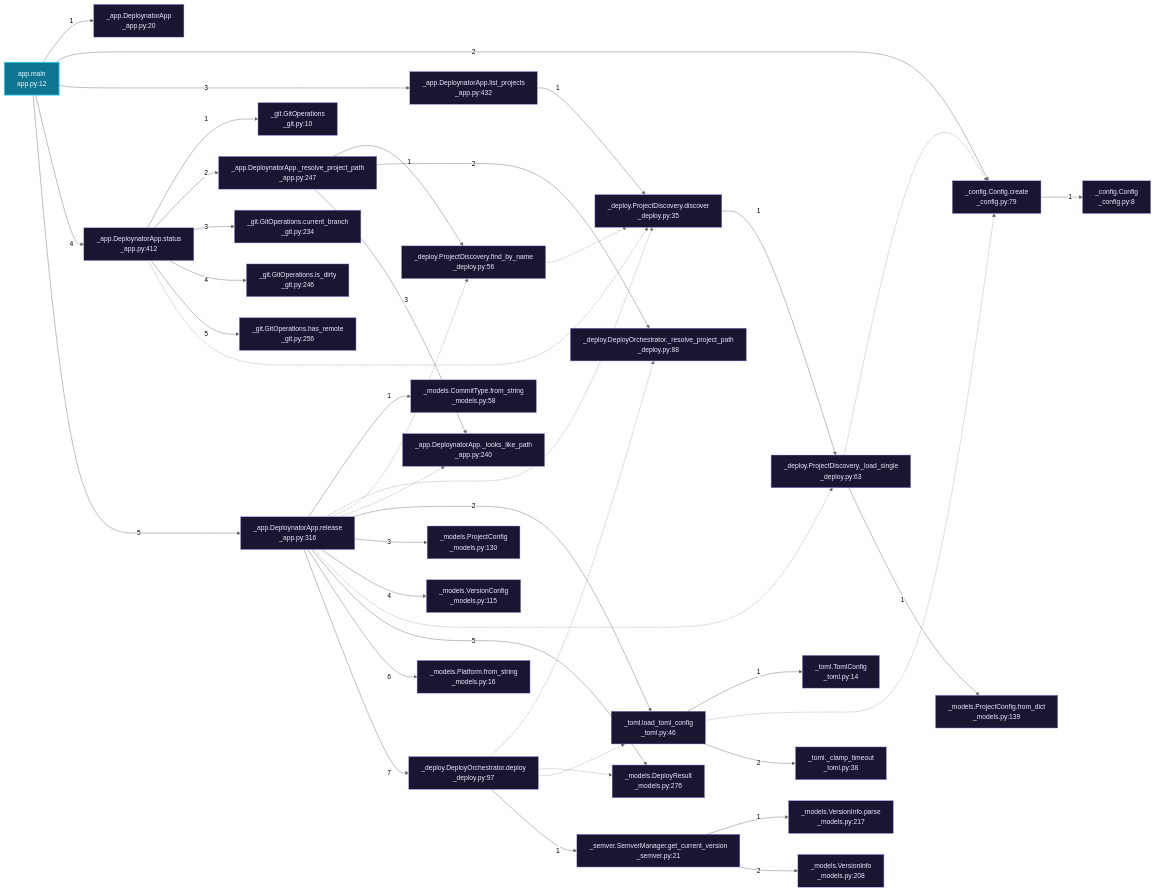
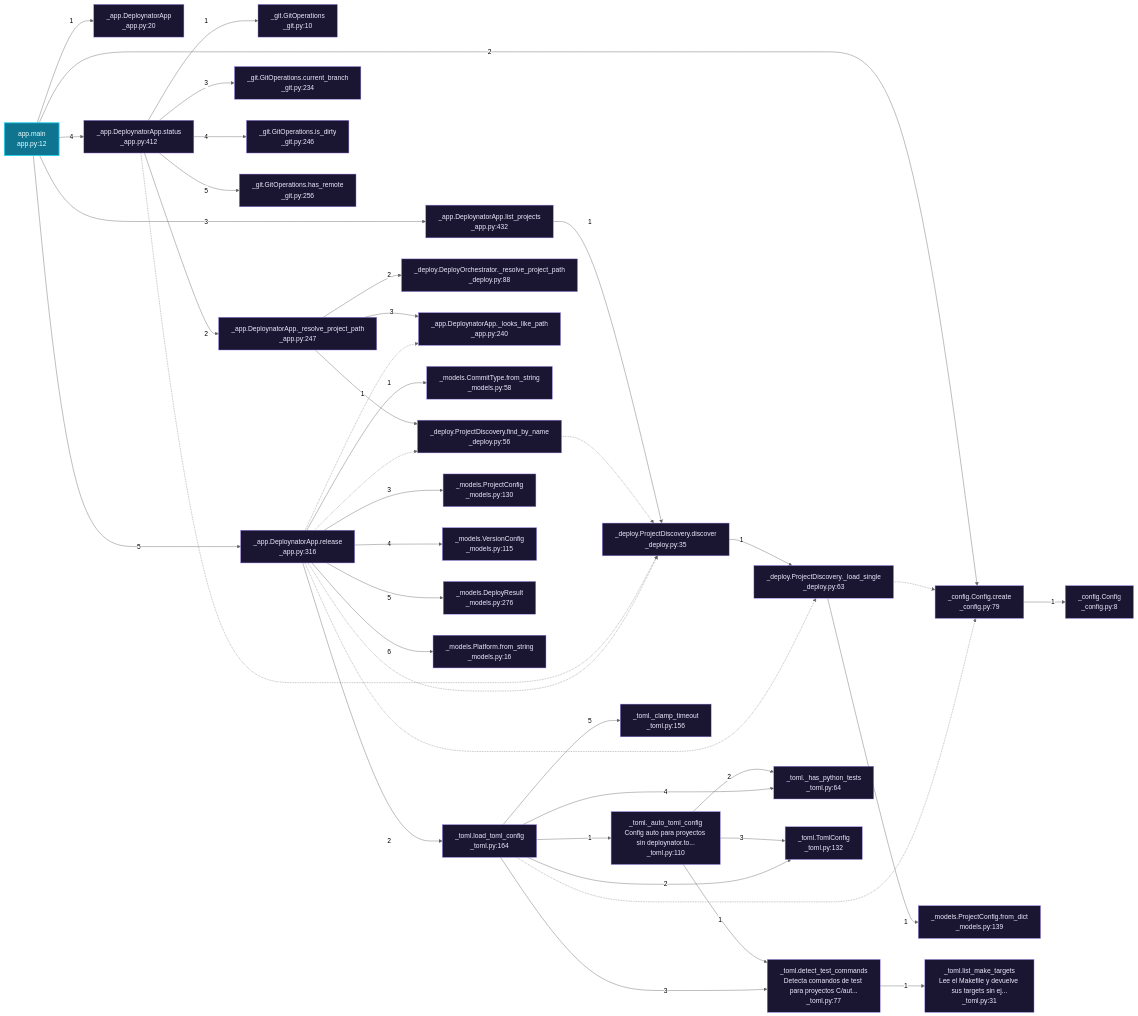
The third of 9 diagrams in readmenator-apidocs/architecture.md (grisuno/deploynator), drawn with Mermaid (neutral theme) before and after one commit. The commit also changed other lines of this file and 82 other files, not shown here.

First line of the commit message:
test: test: automated release

````diff
--- a/readmenator-apidocs/architecture.md
+++ b/readmenator-apidocs/architecture.md
@@ -79,75 +79,75 @@
 ```mermaid
 flowchart LR
     classDef entry fill:#0e7490,stroke:#22d3ee,color:#ecfeff,stroke-width:2px;
     classDef external fill:#1a1530,stroke:#a78bfa,color:#ede9fe;
     n_app_py__main["app.main<br/>app.py:12"]:::entry
     n_deploynator__app_py__DeploynatorApp["_app.DeploynatorApp<br/>_app.py:20"]:::external
     n_deploynator__config_py__create["_config.Config.create<br/>_config.py:79"]:::external
     n_deploynator__config_py__Config["_config.Config<br/>_config.py:8"]:::external
     n_deploynator__app_py__list_projects["_app.DeploynatorApp.list_projects<br/>_app.py:432"]:::external
     n_deploynator__deploy_py__discover["_deploy.ProjectDiscovery.discover<br/>_deploy.py:35"]:::external
     n_deploynator__deploy_py___load_single["_deploy.ProjectDiscovery._load_single<br/>_deploy.py:63"]:::external
     n_deploynator__models_py__from_dict_139["_models.ProjectConfig.from_dict<br/>_models.py:139"]:::external
     n_deploynator__app_py__status["_app.DeploynatorApp.status<br/>_app.py:412"]:::external
     n_deploynator__git_py__GitOperations["_git.GitOperations<br/>_git.py:10"]:::external
     n_deploynator__app_py___resolve_project_path["_app.DeploynatorApp._resolve_project_path<br/>_app.py:247"]:::external
     n_deploynator__deploy_py__find_by_name["_deploy.ProjectDiscovery.find_by_name<br/>_deploy.py:56"]:::external
     n_deploynator__deploy_py___resolve_project_path["_deploy.DeployOrchestrator._resolve_project_path<br/>_deploy.py:88"]:::external
     n_deploynator__app_py___looks_like_path["_app.DeploynatorApp._looks_like_path<br/>_app.py:240"]:::external
     n_deploynator__git_py__current_branch["_git.GitOperations.current_branch<br/>_git.py:234"]:::external
     n_deploynator__git_py__is_dirty["_git.GitOperations.is_dirty<br/>_git.py:246"]:::external
     n_deploynator__git_py__has_remote["_git.GitOperations.has_remote<br/>_git.py:256"]:::external
     n_deploynator__app_py__release["_app.DeploynatorApp.release<br/>_app.py:316"]:::external
     n_deploynator__models_py__from_string_58["_models.CommitType.from_string<br/>_models.py:58"]:::external
-    n_deploynator__toml_py__load_toml_config["_toml.load_toml_config<br/>_toml.py:46"]:::external
-    n_deploynator__toml_py__TomlConfig["_toml.TomlConfig<br/>_toml.py:14"]:::external
-    n_deploynator__toml_py___clamp_timeout["_toml._clamp_timeout<br/>_toml.py:38"]:::external
+    n_deploynator__toml_py__load_toml_config["_toml.load_toml_config<br/>_toml.py:164"]:::external
+    n_deploynator__toml_py___auto_toml_config["_toml._auto_toml_config<br/>Config auto para proyectos sin deploynator.to...<br/>_toml.py:110"]:::external
+    n_deploynator__toml_py__detect_test_commands["_toml.detect_test_commands<br/>Detecta comandos de test para proyectos C/aut...<br/>_toml.py:77"]:::external
+    n_deploynator__toml_py___has_python_tests["_toml._has_python_tests<br/>_toml.py:64"]:::external
+    n_deploynator__toml_py__TomlConfig["_toml.TomlConfig<br/>_toml.py:132"]:::external
+    n_deploynator__toml_py__list_make_targets["_toml.list_make_targets<br/>Lee el Makefile y devuelve sus targets sin ej...<br/>_toml.py:31"]:::external
+    n_deploynator__toml_py___clamp_timeout["_toml._clamp_timeout<br/>_toml.py:156"]:::external
     n_deploynator__models_py__ProjectConfig["_models.ProjectConfig<br/>_models.py:130"]:::external
     n_deploynator__models_py__VersionConfig["_models.VersionConfig<br/>_models.py:115"]:::external
     n_deploynator__models_py__DeployResult["_models.DeployResult<br/>_models.py:276"]:::external
     n_deploynator__models_py__from_string["_models.Platform.from_string<br/>_models.py:16"]:::external
-    n_deploynator__deploy_py__deploy["_deploy.DeployOrchestrator.deploy<br/>_deploy.py:97"]:::external
-    n_deploynator__semver_py__get_current_version["_semver.SemverManager.get_current_version<br/>_semver.py:21"]:::external
-    n_deploynator__models_py__parse_217["_models.VersionInfo.parse<br/>_models.py:217"]:::external
-    n_deploynator__models_py__VersionInfo["_models.VersionInfo<br/>_models.py:208"]:::external
     n_app_py__main -->|"1"| n_deploynator__app_py__DeploynatorApp
     n_app_py__main -->|"2"| n_deploynator__config_py__create
     n_deploynator__config_py__create -->|"1"| n_deploynator__config_py__Config
     n_app_py__main -->|"3"| n_deploynator__app_py__list_projects
     n_deploynator__app_py__list_projects -->|"1"| n_deploynator__deploy_py__discover
     n_deploynator__deploy_py__discover -->|"1"| n_deploynator__deploy_py___load_single
     n_deploynator__deploy_py___load_single -.-> n_deploynator__config_py__create
     n_deploynator__deploy_py___load_single -->|"1"| n_deploynator__models_py__from_dict_139
     n_app_py__main -->|"4"| n_deploynator__app_py__status
     n_deploynator__app_py__status -->|"1"| n_deploynator__git_py__GitOperations
     n_deploynator__app_py__status -->|"2"| n_deploynator__app_py___resolve_project_path
     n_deploynator__app_py___resolve_project_path -->|"1"| n_deploynator__deploy_py__find_by_name
     n_deploynator__deploy_py__find_by_name -.-> n_deploynator__deploy_py__discover
     n_deploynator__app_py___resolve_project_path -->|"2"| n_deploynator__deploy_py___resolve_project_path
     n_deploynator__app_py___resolve_project_path -->|"3"| n_deploynator__app_py___looks_like_path
     n_deploynator__app_py__status -->|"3"| n_deploynator__git_py__current_branch
     n_deploynator__app_py__status -->|"4"| n_deploynator__git_py__is_dirty
     n_deploynator__app_py__status -->|"5"| n_deploynator__git_py__has_remote
     n_deploynator__app_py__status -.-> n_deploynator__deploy_py__discover
     n_app_py__main -->|"5"| n_deploynator__app_py__release
     n_deploynator__app_py__release -->|"1"| n_deploynator__models_py__from_string_58
     n_deploynator__app_py__release -.-> n_deploynator__deploy_py__discover
     n_deploynator__app_py__release -.-> n_deploynator__deploy_py__find_by_name
     n_deploynator__app_py__release -.-> n_deploynator__app_py___looks_like_path
     n_deploynator__app_py__release -->|"2"| n_deploynator__toml_py__load_toml_config
-    n_deploynator__toml_py__load_toml_config -->|"1"| n_deploynator__toml_py__TomlConfig
+    n_deploynator__toml_py__load_toml_config -->|"1"| n_deploynator__toml_py___auto_toml_config
+    n_deploynator__toml_py___auto_toml_config -->|"1"| n_deploynator__toml_py__detect_test_commands
+    n_deploynator__toml_py___auto_toml_config -->|"2"| n_deploynator__toml_py___has_python_tests
+    n_deploynator__toml_py___auto_toml_config -->|"3"| n_deploynator__toml_py__TomlConfig
+    n_deploynator__toml_py__load_toml_config -->|"2"| n_deploynator__toml_py__TomlConfig
     n_deploynator__toml_py__load_toml_config -.-> n_deploynator__config_py__create
-    n_deploynator__toml_py__load_toml_config -->|"2"| n_deploynator__toml_py___clamp_timeout
+    n_deploynator__toml_py__load_toml_config -->|"3"| n_deploynator__toml_py__detect_test_commands
+    n_deploynator__toml_py__detect_test_commands -->|"1"| n_deploynator__toml_py__list_make_targets
+    n_deploynator__toml_py__load_toml_config -->|"4"| n_deploynator__toml_py___has_python_tests
+    n_deploynator__toml_py__load_toml_config -->|"5"| n_deploynator__toml_py___clamp_timeout
     n_deploynator__app_py__release -->|"3"| n_deploynator__models_py__ProjectConfig
     n_deploynator__app_py__release -->|"4"| n_deploynator__models_py__VersionConfig
     n_deploynator__app_py__release -.-> n_deploynator__deploy_py___load_single
     n_deploynator__app_py__release -->|"5"| n_deploynator__models_py__DeployResult
     n_deploynator__app_py__release -->|"6"| n_deploynator__models_py__from_string
-    n_deploynator__app_py__release -->|"7"| n_deploynator__deploy_py__deploy
-    n_deploynator__deploy_py__deploy -.-> n_deploynator__deploy_py___resolve_project_path
-    n_deploynator__deploy_py__deploy -.-> n_deploynator__models_py__DeployResult
-    n_deploynator__deploy_py__deploy -.-> n_deploynator__toml_py__load_toml_config
-    n_deploynator__deploy_py__deploy -->|"1"| n_deploynator__semver_py__get_current_version
-    n_deploynator__semver_py__get_current_version -->|"1"| n_deploynator__models_py__parse_217
-    n_deploynator__semver_py__get_current_version -->|"2"| n_deploynator__models_py__VersionInfo
 ```
````
